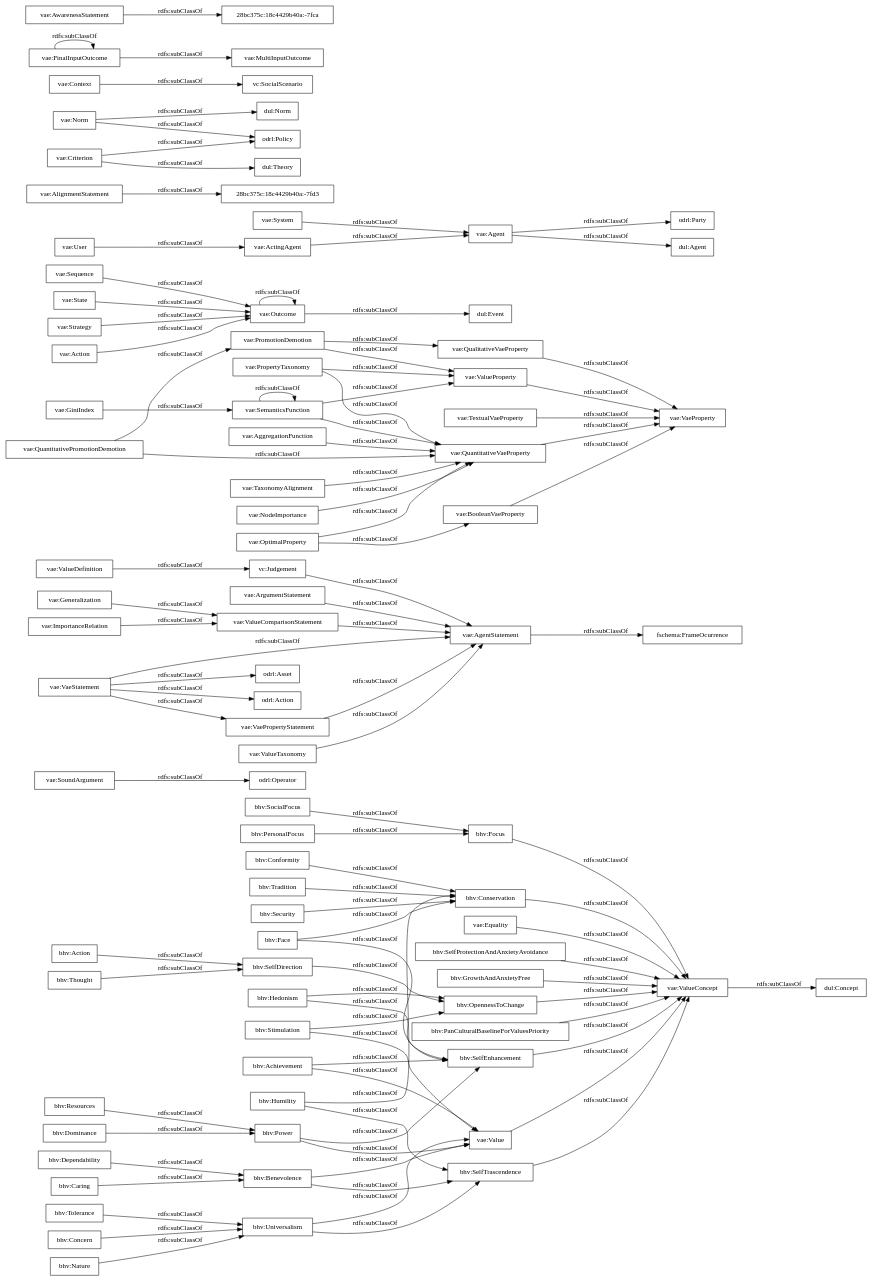
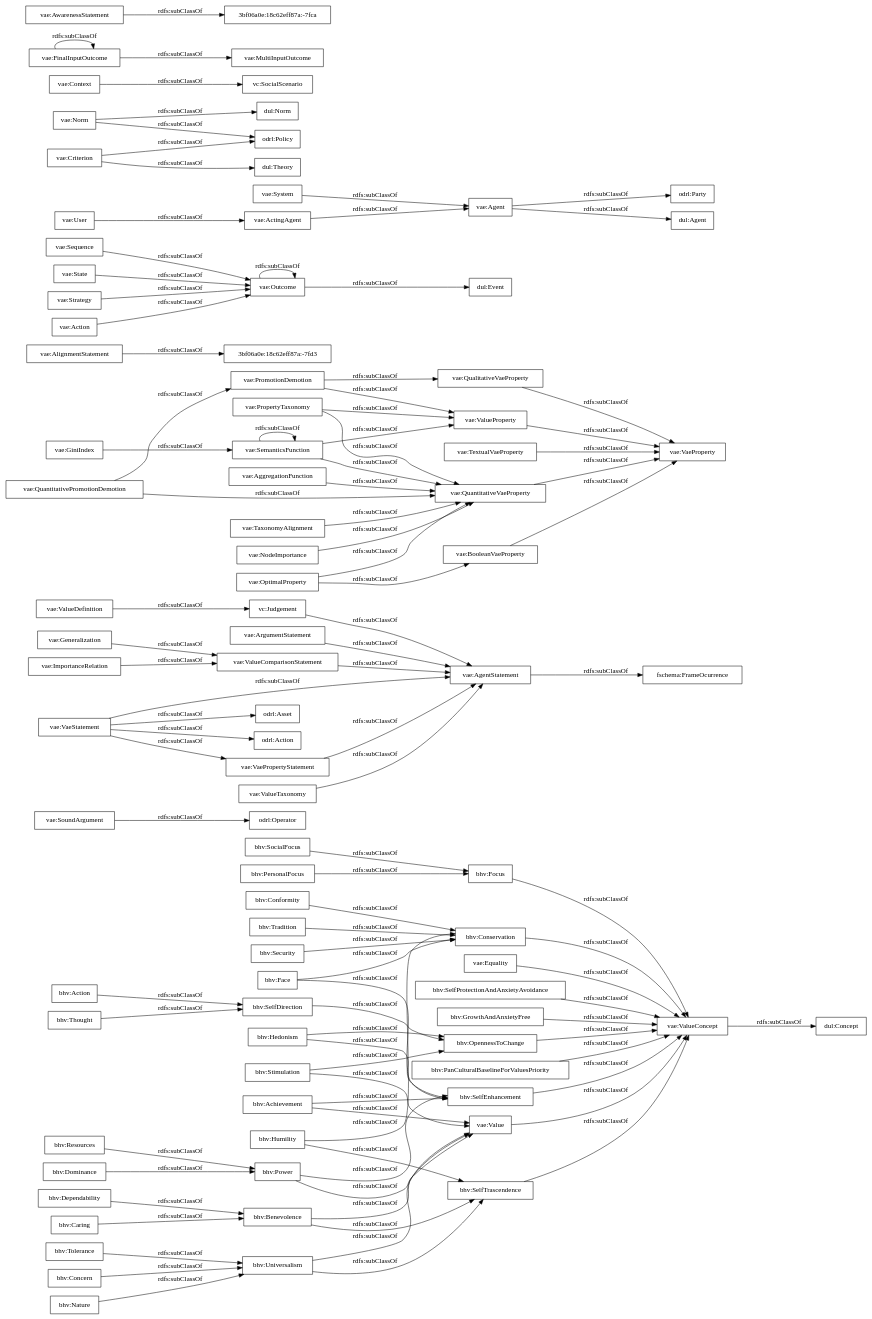
One commit to andresh26-uam/vae-ontology changed the diagram in OnToology/vaeontology-v000.rdf/diagrams/ar2dtool-taxonomy/vaeontology-v000.rdf.png.dot. Above: the diagram before and after it, drawn with Graphviz. The commit also changed 114 other files, not shown here.

```diff
--- a/OnToology/vaeontology-v000.rdf/diagrams/ar2dtool-taxonomy/vaeontology-v000.rdf.png.dot
+++ b/OnToology/vaeontology-v000.rdf/diagrams/ar2dtool-taxonomy/vaeontology-v000.rdf.png.dot
@@ -1,102 +1,102 @@
 digraph ar2dtool_diagram { 
 rankdir=LR;
 size="1000"
-node [shape = rectangle, color="black"]; "bhv:Stimulation" "odrl:Operator" "vae:ValueDefinition" "vae:PropertyTaxonomy" "bhv:Tolerance" "vae:VaeProperty" "vae:QuantitativeVaeProperty" "vae:Sequence" "odrl:Party" "bhv:Tradition" "vae:Equality" "vae:AlignmentStatement" "bhv:SocialFocus" "dul:Norm" "vae:Context" "bhv:Dominance" "vae:Generalization" "vae:MultiInputOutcome" "vae:TextualVaeProperty" "vae:AwarenessStatement" "bhv:Security" "dul:Agent" "vae:AggregationFunction" "bhv:SelfDirection" "vc:SocialScenario" "vae:System" "vae:AgentStatement" "vae:Outcome" "vae:Value" "odrl:Policy" "dul:Theory" "bhv:SelfProtectionAndAnxietyAvoidance" "vae:Criterion" "fschema:FrameOcurrence" "vae:FinalInputOutcome" "vae:ArgumentStatement" "vae:ValueProperty" "vae:ValueComparisonStatement" "dul:Concept" "bhv:Hedonism" "vae:VaeStatement" "bhv:Concern" "odrl:Asset" "vae:State" "vae:SoundArgument" "vae:ValueConcept" "bhv:GrowthAndAnxietyFree" "bhv:Thought" "bhv:Humility" "vae:QualitativeVaeProperty" "vae:Strategy" "bhv:Focus" "vae:ActingAgent" "bhv:Power" "bhv:Nature" "bhv:Benevolence" "28bc375c:18c4429b40a:-7fca" "bhv:Achievement" "vae:BooleanVaeProperty" "odrl:Action" "bhv:PanCulturalBaselineForValuesPriority" "vae:ImportanceRelation" "bhv:SelfTrascendence" "vae:Norm" "28bc375c:18c4429b40a:-7fd3" "vae:OptimalProperty" "vae:TaxonomyAlignment" "bhv:Action" "bhv:Caring" "bhv:Resources" "bhv:Face" "vae:ValueTaxonomy" "vae:QuantitativePromotionDemotion" "vae:GiniIndex" "vae:User" "dul:Event" "bhv:Dependability" "bhv:Conformity" "vae:VaePropertyStatement" "bhv:Conservation" "vae:SemanticsFunction" "vae:Agent" "vae:PromotionDemotion" "vae:Action" "vae:NodeImportance" "bhv:Universalism" "vc:Judgement" "bhv:SelfEnhancement" "bhv:OpennessToChange" "bhv:PersonalFocus" ; /*classes style*/
+node [shape = rectangle, color="black"]; "bhv:Stimulation" "odrl:Operator" "vae:ValueDefinition" "vae:PropertyTaxonomy" "3bf06a0e:18c62eff87a:-7fd3" "bhv:Tolerance" "vae:VaeProperty" "vae:QuantitativeVaeProperty" "vae:Sequence" "odrl:Party" "bhv:Tradition" "vae:Equality" "vae:AlignmentStatement" "bhv:SocialFocus" "dul:Norm" "vae:Context" "bhv:Dominance" "vae:Generalization" "vae:MultiInputOutcome" "vae:TextualVaeProperty" "3bf06a0e:18c62eff87a:-7fca" "vae:AwarenessStatement" "bhv:Security" "dul:Agent" "vae:AggregationFunction" "bhv:SelfDirection" "vc:SocialScenario" "vae:System" "vae:AgentStatement" "vae:Outcome" "vae:Value" "odrl:Policy" "dul:Theory" "bhv:SelfProtectionAndAnxietyAvoidance" "vae:Criterion" "fschema:FrameOcurrence" "vae:FinalInputOutcome" "vae:ArgumentStatement" "vae:ValueProperty" "vae:ValueComparisonStatement" "dul:Concept" "bhv:Hedonism" "vae:VaeStatement" "odrl:Asset" "bhv:Concern" "vae:State" "vae:SoundArgument" "vae:ValueConcept" "bhv:GrowthAndAnxietyFree" "bhv:Thought" "bhv:Humility" "vae:QualitativeVaeProperty" "vae:Strategy" "bhv:Focus" "vae:ActingAgent" "bhv:Power" "bhv:Nature" "bhv:Benevolence" "bhv:Achievement" "vae:BooleanVaeProperty" "odrl:Action" "bhv:PanCulturalBaselineForValuesPriority" "vae:ImportanceRelation" "bhv:SelfTrascendence" "vae:Norm" "vae:OptimalProperty" "vae:TaxonomyAlignment" "bhv:Action" "bhv:Caring" "bhv:Resources" "bhv:Face" "vae:ValueTaxonomy" "vae:QuantitativePromotionDemotion" "vae:GiniIndex" "vae:User" "dul:Event" "bhv:Dependability" "bhv:Conformity" "vae:VaePropertyStatement" "bhv:Conservation" "vae:SemanticsFunction" "vae:Agent" "vae:PromotionDemotion" "vae:NodeImportance" "vae:Action" "bhv:Universalism" "vc:Judgement" "bhv:SelfEnhancement" "bhv:OpennessToChange" "bhv:PersonalFocus" ; /*classes style*/
 	"vae:GiniIndex" -> "vae:SemanticsFunction" [ label = "rdfs:subClassOf" ];
 	"vae:Strategy" -> "vae:Outcome" [ label = "rdfs:subClassOf" ];
 	"bhv:Face" -> "bhv:SelfEnhancement" [ label = "rdfs:subClassOf" ];
 	"bhv:Face" -> "bhv:Conservation" [ label = "rdfs:subClassOf" ];
 	"bhv:Universalism" -> "bhv:SelfTrascendence" [ label = "rdfs:subClassOf" ];
 	"bhv:Universalism" -> "vae:Value" [ label = "rdfs:subClassOf" ];
 	"bhv:Power" -> "bhv:SelfEnhancement" [ label = "rdfs:subClassOf" ];
 	"bhv:Power" -> "vae:Value" [ label = "rdfs:subClassOf" ];
 	"vae:Outcome" -> "vae:Outcome" [ label = "rdfs:subClassOf" ];
 	"vae:Outcome" -> "dul:Event" [ label = "rdfs:subClassOf" ];
 	"vae:ValueComparisonStatement" -> "vae:AgentStatement" [ label = "rdfs:subClassOf" ];
 	"vae:Sequence" -> "vae:Outcome" [ label = "rdfs:subClassOf" ];
 	"vae:Generalization" -> "vae:ValueComparisonStatement" [ label = "rdfs:subClassOf" ];
 	"vae:OptimalProperty" -> "vae:QuantitativeVaeProperty" [ label = "rdfs:subClassOf" ];
 	"vae:OptimalProperty" -> "vae:BooleanVaeProperty" [ label = "rdfs:subClassOf" ];
 	"vae:SemanticsFunction" -> "vae:ValueProperty" [ label = "rdfs:subClassOf" ];
 	"vae:SemanticsFunction" -> "vae:SemanticsFunction" [ label = "rdfs:subClassOf" ];
 	"vae:SemanticsFunction" -> "vae:QuantitativeVaeProperty" [ label = "rdfs:subClassOf" ];
 	"bhv:OpennessToChange" -> "vae:ValueConcept" [ label = "rdfs:subClassOf" ];
 	"vae:AgentStatement" -> "fschema:FrameOcurrence" [ label = "rdfs:subClassOf" ];
 	"vae:BooleanVaeProperty" -> "vae:VaeProperty" [ label = "rdfs:subClassOf" ];
 	"vae:Norm" -> "odrl:Policy" [ label = "rdfs:subClassOf" ];
 	"vae:Norm" -> "dul:Norm" [ label = "rdfs:subClassOf" ];
 	"bhv:Tolerance" -> "bhv:Universalism" [ label = "rdfs:subClassOf" ];
 	"bhv:Tradition" -> "bhv:Conservation" [ label = "rdfs:subClassOf" ];
 	"vae:ValueTaxonomy" -> "vae:AgentStatement" [ label = "rdfs:subClassOf" ];
 	"bhv:Nature" -> "bhv:Universalism" [ label = "rdfs:subClassOf" ];
 	"bhv:SelfTrascendence" -> "vae:ValueConcept" [ label = "rdfs:subClassOf" ];
 	"vae:VaeStatement" -> "vae:VaePropertyStatement" [ label = "rdfs:subClassOf" ];
 	"vae:VaeStatement" -> "vae:AgentStatement" [ label = "rdfs:subClassOf" ];
 	"vae:VaeStatement" -> "odrl:Asset" [ label = "rdfs:subClassOf" ];
 	"vae:VaeStatement" -> "odrl:Action" [ label = "rdfs:subClassOf" ];
 	"bhv:Resources" -> "bhv:Power" [ label = "rdfs:subClassOf" ];
 	"bhv:SocialFocus" -> "bhv:Focus" [ label = "rdfs:subClassOf" ];
 	"vae:Context" -> "vc:SocialScenario" [ label = "rdfs:subClassOf" ];
 	"bhv:Focus" -> "vae:ValueConcept" [ label = "rdfs:subClassOf" ];
 	"vae:Equality" -> "vae:ValueConcept" [ label = "rdfs:subClassOf" ];
 	"bhv:SelfEnhancement" -> "vae:ValueConcept" [ label = "rdfs:subClassOf" ];
 	"bhv:Benevolence" -> "bhv:SelfTrascendence" [ label = "rdfs:subClassOf" ];
 	"bhv:Benevolence" -> "vae:Value" [ label = "rdfs:subClassOf" ];
 	"bhv:Caring" -> "bhv:Benevolence" [ label = "rdfs:subClassOf" ];
 	"bhv:Concern" -> "bhv:Universalism" [ label = "rdfs:subClassOf" ];
 	"vae:Criterion" -> "odrl:Policy" [ label = "rdfs:subClassOf" ];
 	"vae:Criterion" -> "dul:Theory" [ label = "rdfs:subClassOf" ];
 	"vae:PromotionDemotion" -> "vae:ValueProperty" [ label = "rdfs:subClassOf" ];
 	"vae:PromotionDemotion" -> "vae:QualitativeVaeProperty" [ label = "rdfs:subClassOf" ];
 	"bhv:Achievement" -> "bhv:SelfEnhancement" [ label = "rdfs:subClassOf" ];
 	"bhv:Achievement" -> "vae:Value" [ label = "rdfs:subClassOf" ];
 	"bhv:GrowthAndAnxietyFree" -> "vae:ValueConcept" [ label = "rdfs:subClassOf" ];
 	"vae:System" -> "vae:Agent" [ label = "rdfs:subClassOf" ];
 	"vae:ArgumentStatement" -> "vae:AgentStatement" [ label = "rdfs:subClassOf" ];
 	"vae:ValueProperty" -> "vae:VaeProperty" [ label = "rdfs:subClassOf" ];
 	"bhv:Action" -> "bhv:SelfDirection" [ label = "rdfs:subClassOf" ];
 	"vae:NodeImportance" -> "vae:QuantitativeVaeProperty" [ label = "rdfs:subClassOf" ];
 	"vae:PropertyTaxonomy" -> "vae:ValueProperty" [ label = "rdfs:subClassOf" ];
 	"vae:PropertyTaxonomy" -> "vae:QuantitativeVaeProperty" [ label = "rdfs:subClassOf" ];
 	"vae:State" -> "vae:Outcome" [ label = "rdfs:subClassOf" ];
 	"bhv:Conservation" -> "vae:ValueConcept" [ label = "rdfs:subClassOf" ];
 	"vae:VaePropertyStatement" -> "vae:AgentStatement" [ label = "rdfs:subClassOf" ];
 	"vae:User" -> "vae:ActingAgent" [ label = "rdfs:subClassOf" ];
 	"vae:SoundArgument" -> "odrl:Operator" [ label = "rdfs:subClassOf" ];
 	"bhv:Security" -> "bhv:Conservation" [ label = "rdfs:subClassOf" ];
 	"bhv:Conformity" -> "bhv:Conservation" [ label = "rdfs:subClassOf" ];
 	"vc:Judgement" -> "vae:AgentStatement" [ label = "rdfs:subClassOf" ];
 	"bhv:Thought" -> "bhv:SelfDirection" [ label = "rdfs:subClassOf" ];
 	"vae:FinalInputOutcome" -> "vae:MultiInputOutcome" [ label = "rdfs:subClassOf" ];
 	"vae:FinalInputOutcome" -> "vae:FinalInputOutcome" [ label = "rdfs:subClassOf" ];
 	"bhv:SelfProtectionAndAnxietyAvoidance" -> "vae:ValueConcept" [ label = "rdfs:subClassOf" ];
 	"vae:ValueDefinition" -> "vc:Judgement" [ label = "rdfs:subClassOf" ];
 	"vae:TaxonomyAlignment" -> "vae:QuantitativeVaeProperty" [ label = "rdfs:subClassOf" ];
 	"bhv:Stimulation" -> "bhv:OpennessToChange" [ label = "rdfs:subClassOf" ];
 	"bhv:Stimulation" -> "vae:Value" [ label = "rdfs:subClassOf" ];
 	"vae:TextualVaeProperty" -> "vae:VaeProperty" [ label = "rdfs:subClassOf" ];
 	"vae:Action" -> "vae:Outcome" [ label = "rdfs:subClassOf" ];
 	"vae:AggregationFunction" -> "vae:QuantitativeVaeProperty" [ label = "rdfs:subClassOf" ];
-	"vae:AwarenessStatement" -> "28bc375c:18c4429b40a:-7fca" [ label = "rdfs:subClassOf" ];
+	"vae:AwarenessStatement" -> "3bf06a0e:18c62eff87a:-7fca" [ label = "rdfs:subClassOf" ];
 	"bhv:Dominance" -> "bhv:Power" [ label = "rdfs:subClassOf" ];
 	"vae:QualitativeVaeProperty" -> "vae:VaeProperty" [ label = "rdfs:subClassOf" ];
 	"vae:Agent" -> "odrl:Party" [ label = "rdfs:subClassOf" ];
 	"vae:Agent" -> "dul:Agent" [ label = "rdfs:subClassOf" ];
 	"bhv:PanCulturalBaselineForValuesPriority" -> "vae:ValueConcept" [ label = "rdfs:subClassOf" ];
 	"vae:Value" -> "vae:ValueConcept" [ label = "rdfs:subClassOf" ];
 	"vae:QuantitativeVaeProperty" -> "vae:VaeProperty" [ label = "rdfs:subClassOf" ];
 	"vae:QuantitativePromotionDemotion" -> "vae:QuantitativeVaeProperty" [ label = "rdfs:subClassOf" ];
 	"vae:QuantitativePromotionDemotion" -> "vae:PromotionDemotion" [ label = "rdfs:subClassOf" ];
 	"bhv:Dependability" -> "bhv:Benevolence" [ label = "rdfs:subClassOf" ];
 	"vae:ImportanceRelation" -> "vae:ValueComparisonStatement" [ label = "rdfs:subClassOf" ];
 	"vae:ValueConcept" -> "dul:Concept" [ label = "rdfs:subClassOf" ];
 	"bhv:Hedonism" -> "bhv:SelfEnhancement" [ label = "rdfs:subClassOf" ];
 	"bhv:Hedonism" -> "bhv:OpennessToChange" [ label = "rdfs:subClassOf" ];
 	"bhv:PersonalFocus" -> "bhv:Focus" [ label = "rdfs:subClassOf" ];
 	"bhv:SelfDirection" -> "bhv:OpennessToChange" [ label = "rdfs:subClassOf" ];
-	"vae:AlignmentStatement" -> "28bc375c:18c4429b40a:-7fd3" [ label = "rdfs:subClassOf" ];
+	"vae:AlignmentStatement" -> "3bf06a0e:18c62eff87a:-7fd3" [ label = "rdfs:subClassOf" ];
 	"vae:ActingAgent" -> "vae:Agent" [ label = "rdfs:subClassOf" ];
 	"bhv:Humility" -> "bhv:SelfTrascendence" [ label = "rdfs:subClassOf" ];
 	"bhv:Humility" -> "bhv:Conservation" [ label = "rdfs:subClassOf" ];
 
 }
```
